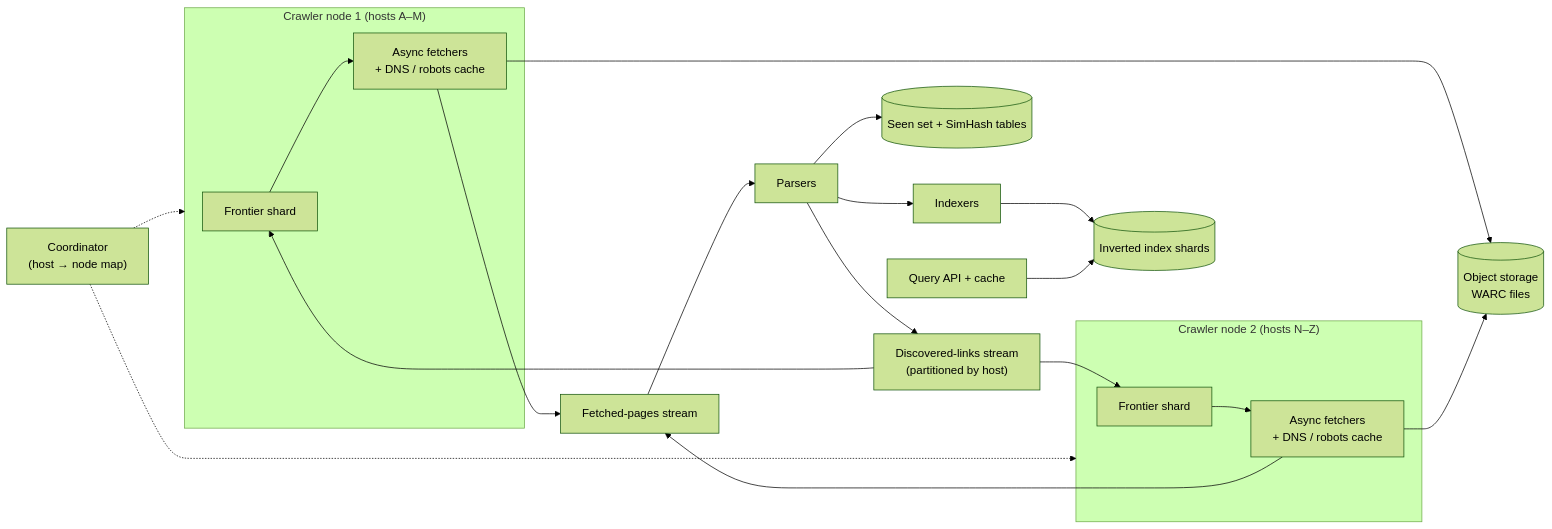
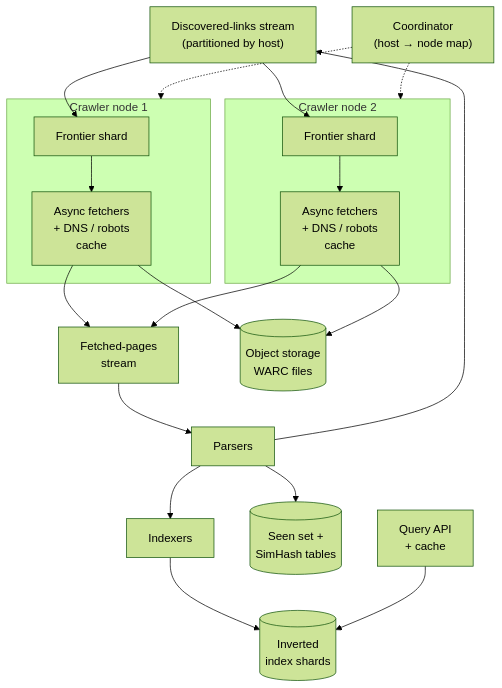
One commit to butyavk/system-design changed the third of 3 diagrams in src/content/docs/practice/web-crawler.mdx. Above: the diagram before and after it, drawn with Mermaid (forest theme). The commit also changed other lines of this file and 144 other files, not shown here.

````diff
--- a/src/content/docs/practice/web-crawler.mdx
+++ b/src/content/docs/practice/web-crawler.mdx
@@ -341,18 +341,19 @@
 ```mermaid
-flowchart LR
+flowchart TB
+  links["Discovered-links stream<br/>(partitioned by host)"]
   coord["Coordinator<br/>(host → node map)"] -.-> node1 & node2
-  subgraph node1 ["Crawler node 1 (hosts A–M)"]
-    fr1["Frontier shard"] --> ft1["Async fetchers<br/>+ DNS / robots cache"]
+  subgraph node1 ["Crawler node 1"]
+    fr1["Frontier shard"] --> ft1["Async fetchers<br/>+ DNS / robots<br/>cache"]
   end
-  subgraph node2 ["Crawler node 2 (hosts N–Z)"]
-    fr2["Frontier shard"] --> ft2["Async fetchers<br/>+ DNS / robots cache"]
+  subgraph node2 ["Crawler node 2"]
+    fr2["Frontier shard"] --> ft2["Async fetchers<br/>+ DNS / robots<br/>cache"]
   end
+  ft1 & ft2 --> pages["Fetched-pages<br/>stream"]
   ft1 & ft2 --> warc[("Object storage<br/>WARC files")]
-  ft1 & ft2 --> pages["Fetched-pages stream"]
   pages --> parse["Parsers"]
-  parse --> links["Discovered-links stream<br/>(partitioned by host)"]
+  parse --> idx["Indexers"] --> index[("Inverted<br/>index shards")]
+  parse --> dedup[("Seen set +<br/>SimHash tables")]
+  parse --> links
   links --> fr1 & fr2
-  parse --> dedup[("Seen set + SimHash tables")]
-  parse --> idx["Indexers"] --> index[("Inverted index shards")]
-  query["Query API + cache"] --> index
+  query["Query API<br/>+ cache"] --> index
 ```
````
